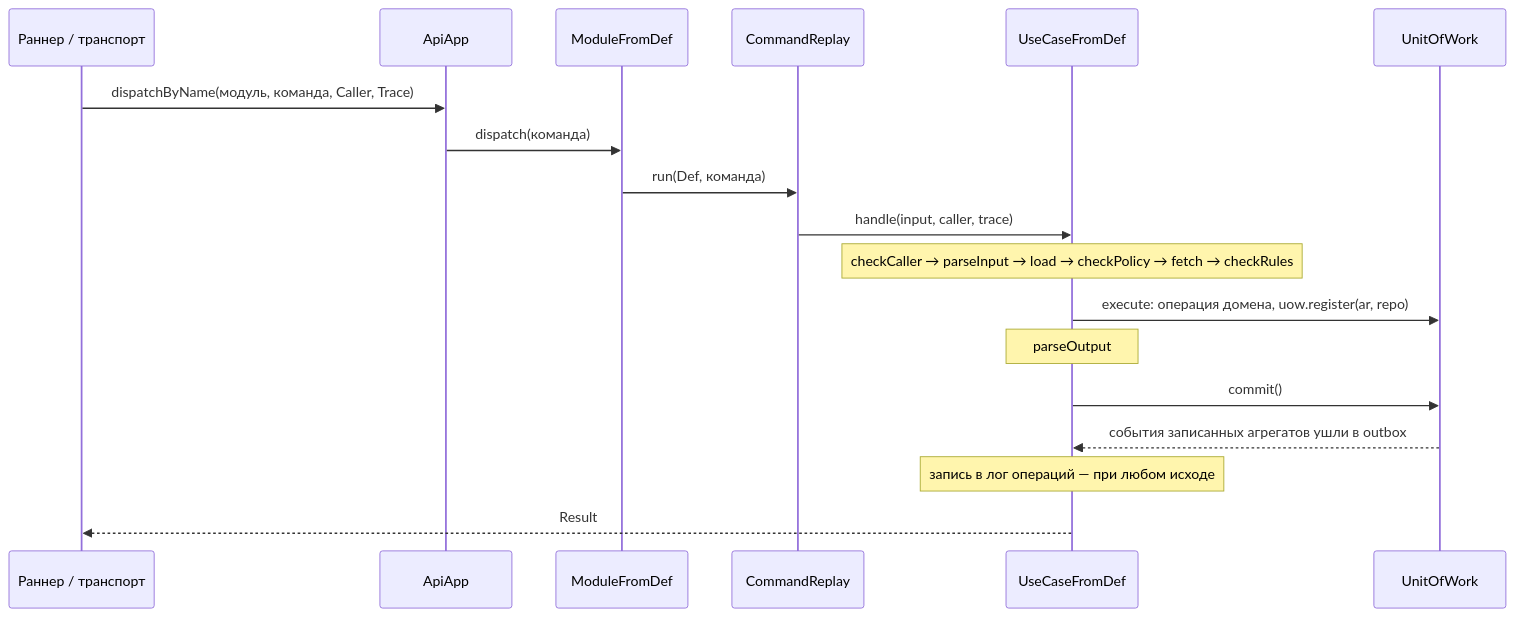
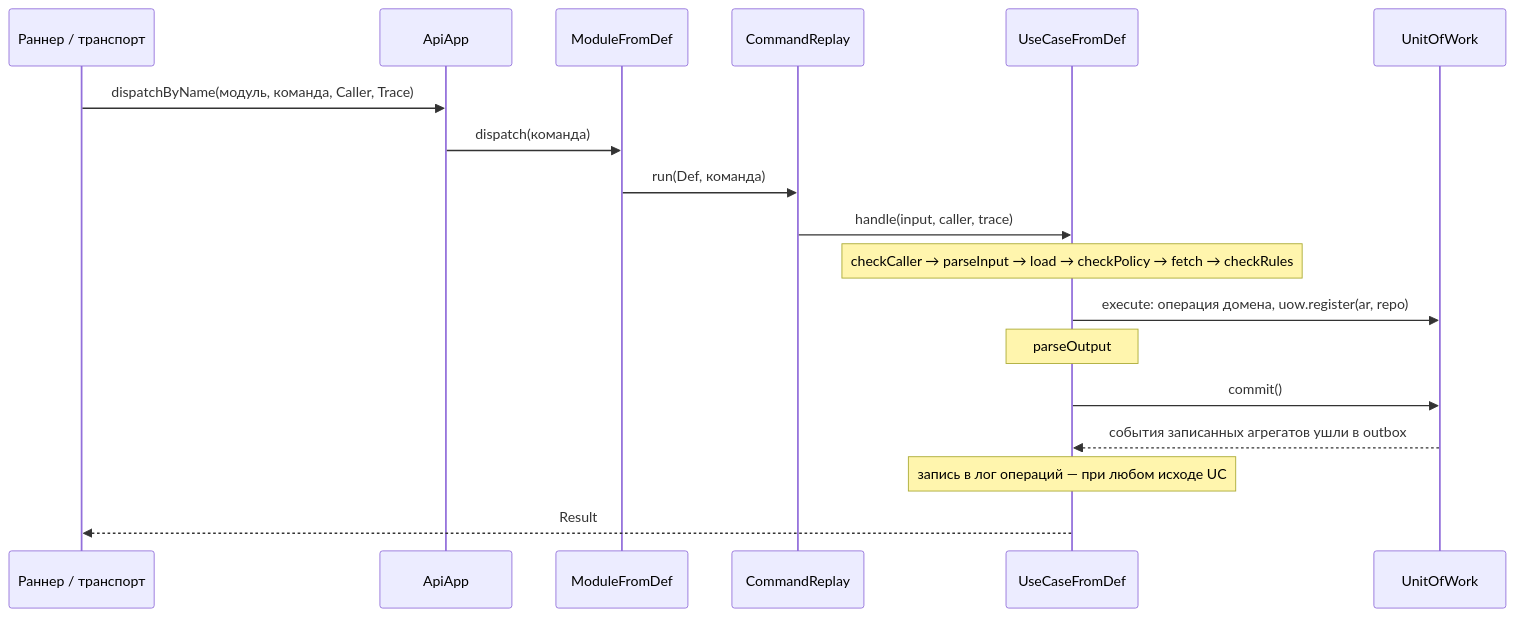
The diagram in docs/concepts/uc-path.md (recode-ak/dmg-core), drawn with Mermaid before and after one commit. The commit also changed other lines of this file and 10 other files, not shown here.

````diff
--- a/docs/concepts/uc-path.md
+++ b/docs/concepts/uc-path.md
@@ -18,20 +18,20 @@
 ```mermaid
 sequenceDiagram
   participant R as Раннер / транспорт
   participant A as ApiApp
   participant M as ModuleFromDef
   participant P as CommandReplay
   participant U as UseCaseFromDef
   participant W as UnitOfWork
   R->>A: dispatchByName(модуль, команда, Caller, Trace)
   A->>M: dispatch(команда)
   M->>P: run(Def, команда)
   P->>U: handle(input, caller, trace)
   Note over U: checkCaller → parseInput → load → checkPolicy → fetch → checkRules
   U->>W: execute: операция домена, uow.register(ar, repo)
   Note over U: parseOutput
   U->>W: commit()
   W-->>U: события записанных агрегатов ушли в outbox
-  Note over U: запись в лог операций — при любом исходе
+  Note over U: запись в лог операций — при любом исходе UC
   U-->>R: Result
 ```
````
